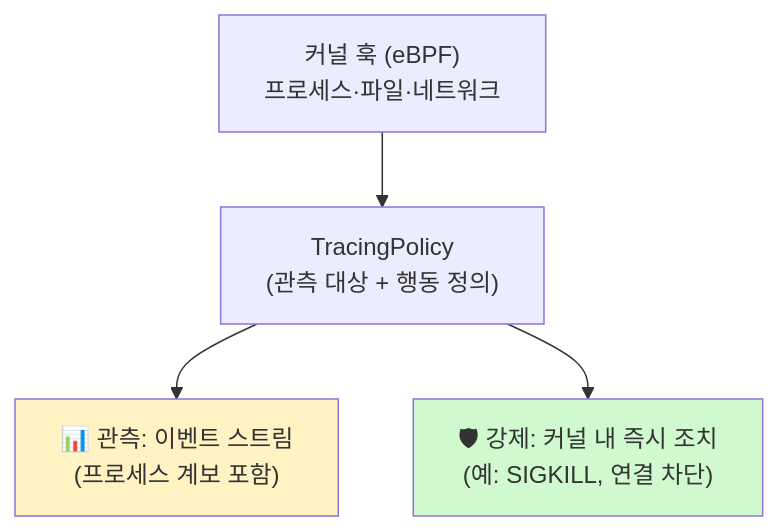
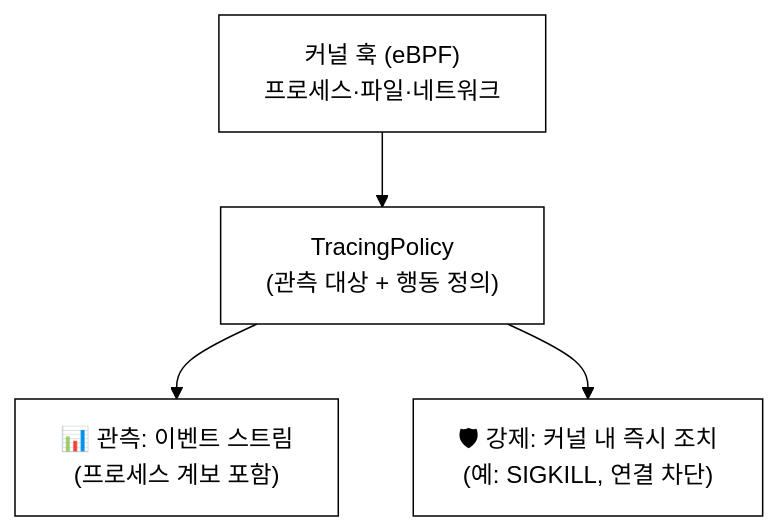
One commit to iamywl/ebpf-lab changed the sixth of 8 diagrams in docs/lecture/13주차_eBPF_보안_LSM_Falco_Tetragon.md. Above: the diagram before and after it, drawn with Mermaid. The commit also changed other lines of this file and 33 other files, not shown here.

First line of the commit message:
강의자료: 다이어그램 흑백(논문 스타일) 통일 + 실제 실행 스크린샷 삽입

````diff
--- a/docs/lecture/13주차_eBPF_보안_LSM_Falco_Tetragon.md
+++ b/docs/lecture/13주차_eBPF_보안_LSM_Falco_Tetragon.md
@@ -161,8 +166,9 @@
 ```mermaid
+%%{init: {"theme":"base","themeVariables":{"background":"#ffffff","primaryColor":"#ffffff","primaryBorderColor":"#000000","primaryTextColor":"#000000","secondaryColor":"#ffffff","secondaryBorderColor":"#000000","secondaryTextColor":"#000000","tertiaryColor":"#ffffff","tertiaryBorderColor":"#000000","tertiaryTextColor":"#000000","lineColor":"#000000","textColor":"#000000","mainBkg":"#ffffff","secondBkg":"#ffffff","clusterBkg":"#ffffff","clusterBorder":"#000000","edgeLabelBackground":"#ffffff","nodeBorder":"#000000","defaultLinkColor":"#000000","titleColor":"#000000","actorBkg":"#ffffff","actorBorder":"#000000","actorTextColor":"#000000","actorLineColor":"#000000","signalColor":"#000000","signalTextColor":"#000000","labelBoxBkgColor":"#ffffff","labelBoxBorderColor":"#000000","labelTextColor":"#000000","loopTextColor":"#000000","noteBkgColor":"#ffffff","noteBorderColor":"#000000","noteTextColor":"#000000","activationBkgColor":"#ffffff","activationBorderColor":"#000000","sequenceNumberColor":"#000000","cScale0":"#ffffff","cScale1":"#ffffff","cScale2":"#ffffff","cScale3":"#ffffff","cScale4":"#ffffff","cScale5":"#ffffff","cScale6":"#ffffff","cScale7":"#ffffff","cScale8":"#ffffff","cScale9":"#ffffff","cScale10":"#ffffff","cScale11":"#ffffff","cScaleLabel0":"#000000","cScaleLabel1":"#000000","cScaleLabel2":"#000000","cScaleLabel3":"#000000","cScaleLabel4":"#000000","cScaleLabel5":"#000000","cScaleLabel6":"#000000","cScaleLabel7":"#000000","cScaleLabel8":"#000000","cScaleLabel9":"#000000","cScaleLabel10":"#000000","cScaleLabel11":"#000000","pie1":"#ffffff","pie2":"#eeeeee","pie3":"#dddddd","pie4":"#cccccc","fontFamily":"Georgia, serif"}}}%%
 flowchart TB
     K["커널 훅 (eBPF)\n프로세스·파일·네트워크"] --> TP["TracingPolicy\n(관측 대상 + 행동 정의)"]
     TP --> OBS["📊 관측: 이벤트 스트림\n(프로세스 계보 포함)"]
     TP --> ENF["🛡 강제: 커널 내 즉시 조치\n(예: SIGKILL, 연결 차단)"]
-    style ENF fill:#d0f9d0
-    style OBS fill:#fff3c4
+    style ENF fill:#ffffff
+    style OBS fill:#ffffff
 ```
````
